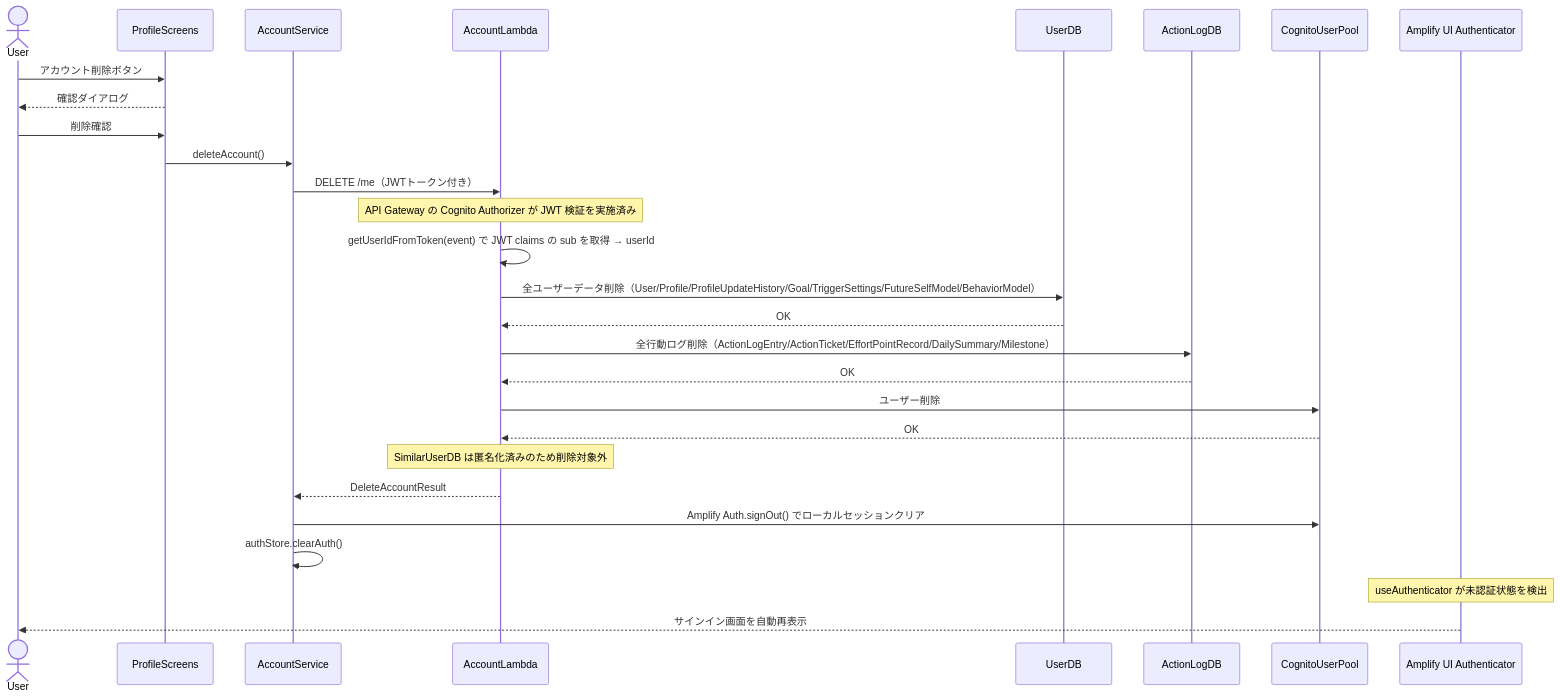
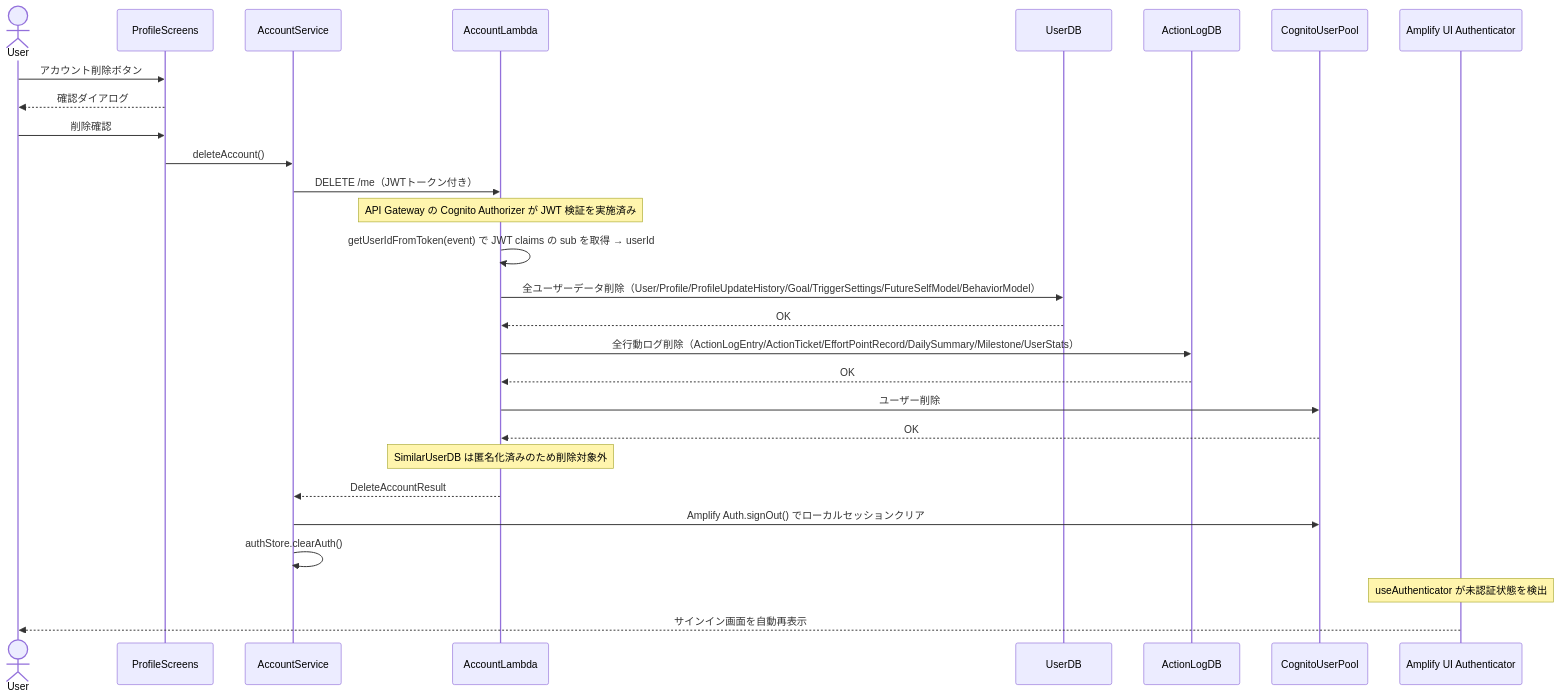
One commit to aws-dlc-hackathon-team-a/team-a changed the eighth of 11 diagrams in aidlc-docs/inception/application-design/component-dependency.md. Above: the diagram before and after it, drawn with Mermaid. The commit also changed other lines of this file and 6 other files, not shown here.

````diff
--- a/aidlc-docs/inception/application-design/component-dependency.md
+++ b/aidlc-docs/inception/application-design/component-dependency.md
@@ -293,31 +316,31 @@
 ```mermaid
 sequenceDiagram
     actor User
     participant ProfileScreens
     participant AccountService
     participant AccountLambda
     participant UserDB
     participant ActionLogDB
     participant Cognito as CognitoUserPool
     participant Authenticator as Amplify UI Authenticator
 
     User->>ProfileScreens: アカウント削除ボタン
     ProfileScreens-->>User: 確認ダイアログ
     User->>ProfileScreens: 削除確認
     ProfileScreens->>AccountService: deleteAccount()
     AccountService->>AccountLambda: DELETE /me（JWTトークン付き）
     Note over AccountLambda: API Gateway の Cognito Authorizer が JWT 検証を実施済み
     AccountLambda->>AccountLambda: getUserIdFromToken(event) で JWT claims の sub を取得 → userId
     AccountLambda->>UserDB: 全ユーザーデータ削除（User/Profile/ProfileUpdateHistory/Goal/TriggerSettings/FutureSelfModel/BehaviorModel）
     UserDB-->>AccountLambda: OK
-    AccountLambda->>ActionLogDB: 全行動ログ削除（ActionLogEntry/ActionTicket/EffortPointRecord/DailySummary/Milestone）
+    AccountLambda->>ActionLogDB: 全行動ログ削除（ActionLogEntry/ActionTicket/EffortPointRecord/DailySummary/Milestone/UserStats）
     ActionLogDB-->>AccountLambda: OK
     AccountLambda->>Cognito: ユーザー削除
     Cognito-->>AccountLambda: OK
     Note over AccountLambda: SimilarUserDB は匿名化済みのため削除対象外
     AccountLambda-->>AccountService: DeleteAccountResult
     AccountService->>Cognito: Amplify Auth.signOut() でローカルセッションクリア
     AccountService->>AccountService: authStore.clearAuth()
     Note over Authenticator: useAuthenticator が未認証状態を検出
     Authenticator-->>User: サインイン画面を自動再表示
 ```
````
